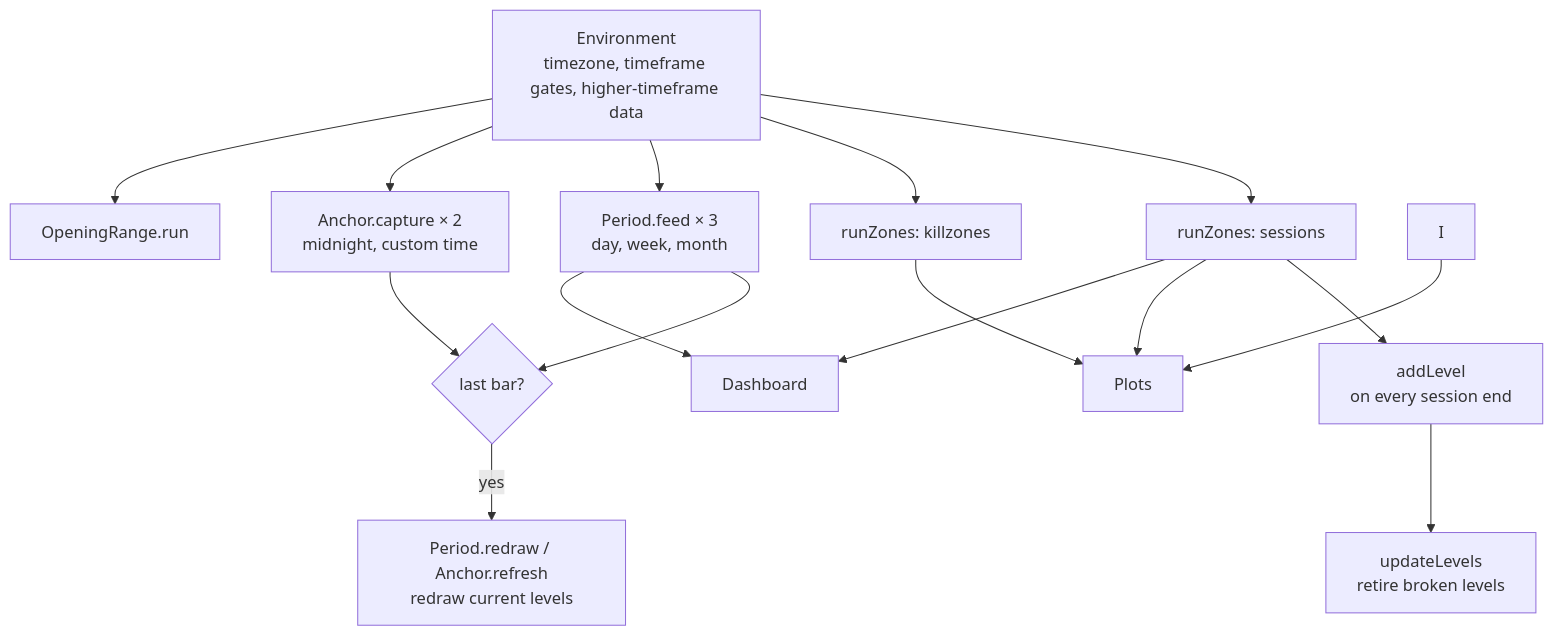
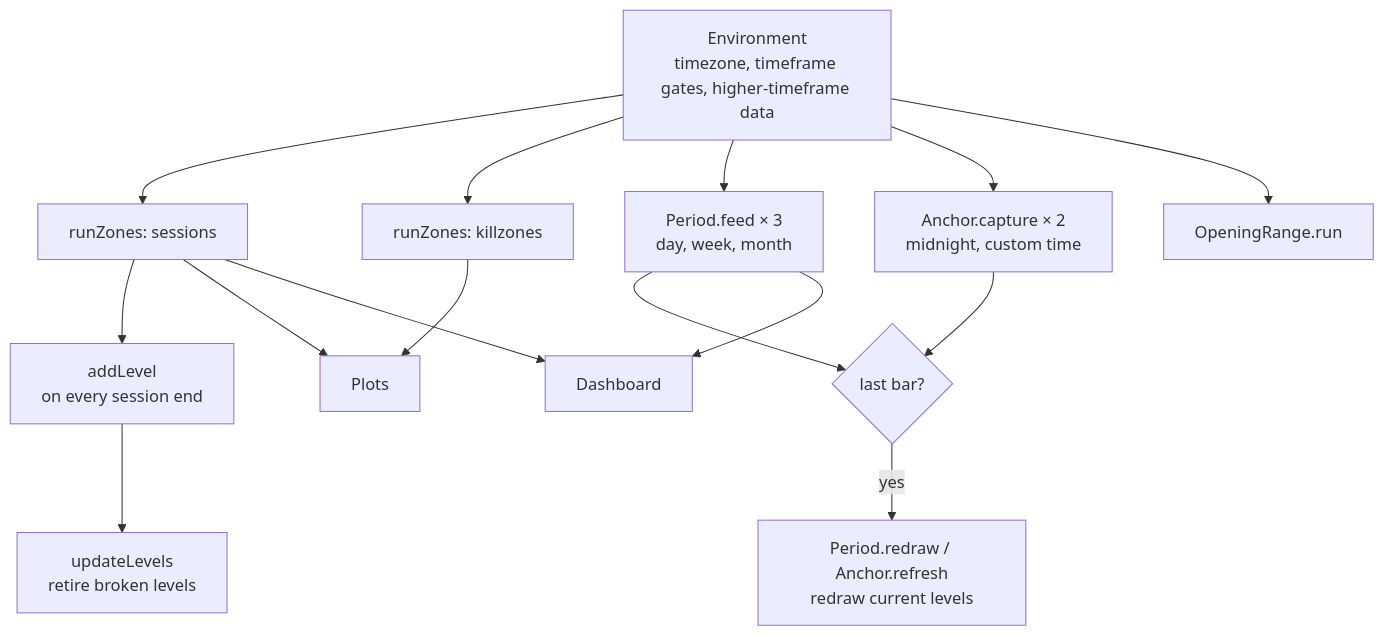
One commit to DmytroPalahin/sessions-indicator changed the diagram in docs/ARCHITECTURE.md. Above: the diagram before and after it, drawn with Mermaid. The commit also changed 6 other files, not shown here.

````diff
--- a/docs/ARCHITECTURE.md
+++ b/docs/ARCHITECTURE.md
@@ -39,18 +39,17 @@
 ```mermaid
 flowchart TD
     A[Environment<br/>timezone, timeframe gates, higher-timeframe data] --> B[runZones: sessions]
     A --> C[runZones: killzones]
     B --> D[addLevel<br/>on every session end]
     D --> E[updateLevels<br/>retire broken levels]
     A --> F[Period.feed × 3<br/>day, week, month]
     A --> G[Anchor.capture × 2<br/>midnight, custom time]
     A --> H[OpeningRange.run]
     F --> J{last bar?}
     G --> J
     J -- yes --> K[Period.redraw / Anchor.refresh<br/>redraw current levels]
     B --> L[Plots]
     C --> L
-    I --> L
     B --> M[Dashboard]
     F --> M
 ```
````
